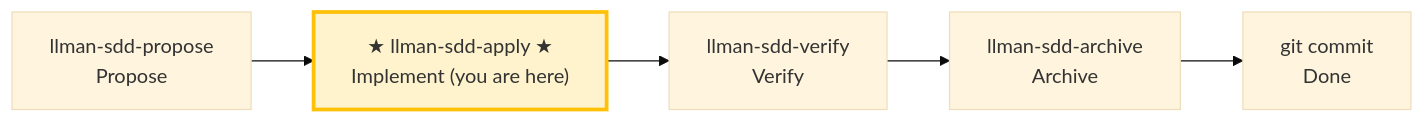
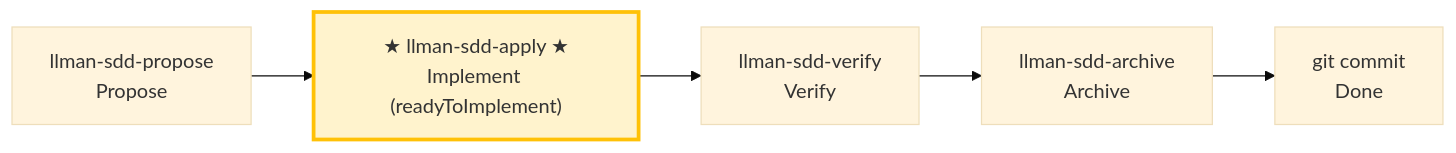
The diagram in templates/sdd/en/skills/llman-sdd-apply.md (StrayDragon/llman), drawn with Mermaid (base theme) before and after one commit. The commit also changed other lines of this file and 24 other files, not shown here.

First line of the commit message:
doc(sdd): hygiene skill templates — drop repo req tags, add git-native mermaid

````diff
--- a/templates/sdd/en/skills/llman-sdd-apply.md
+++ b/templates/sdd/en/skills/llman-sdd-apply.md
@@ -19,10 +19,10 @@
 ```mermaid
 flowchart LR
     propose["llman-sdd-propose<br/>Propose"] --> apply
-    apply["★ llman-sdd-apply ★<br/>Implement (you are here)"]
+    apply["★ llman-sdd-apply ★<br/>Implement (readyToImplement)"]
     apply --> verify["llman-sdd-verify<br/>Verify"]
     verify --> archive["llman-sdd-archive<br/>Archive"]
     archive --> commit["git commit<br/>Done"]
 
     style apply fill:#fff3cd,stroke:#ffc107,stroke-width:3px
 ```
````
